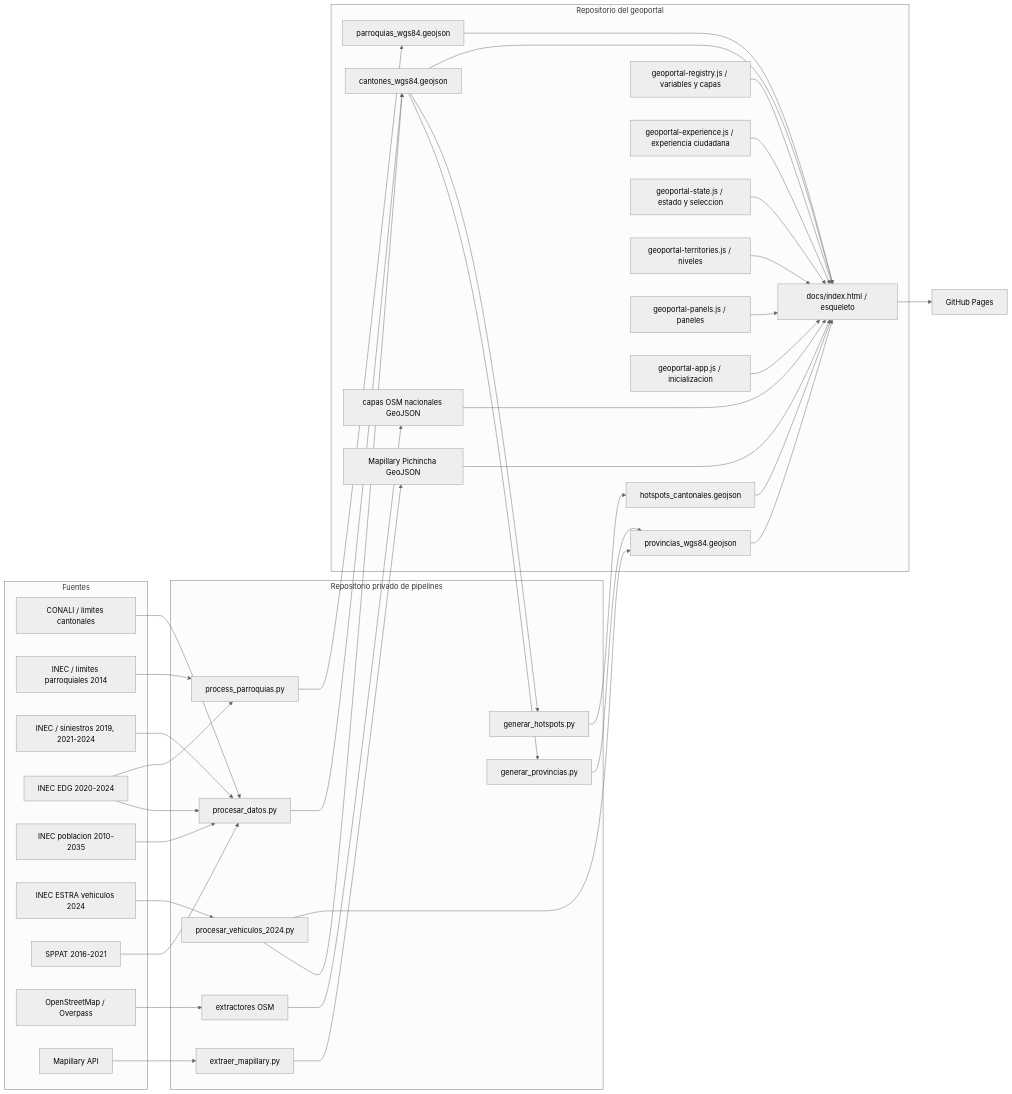
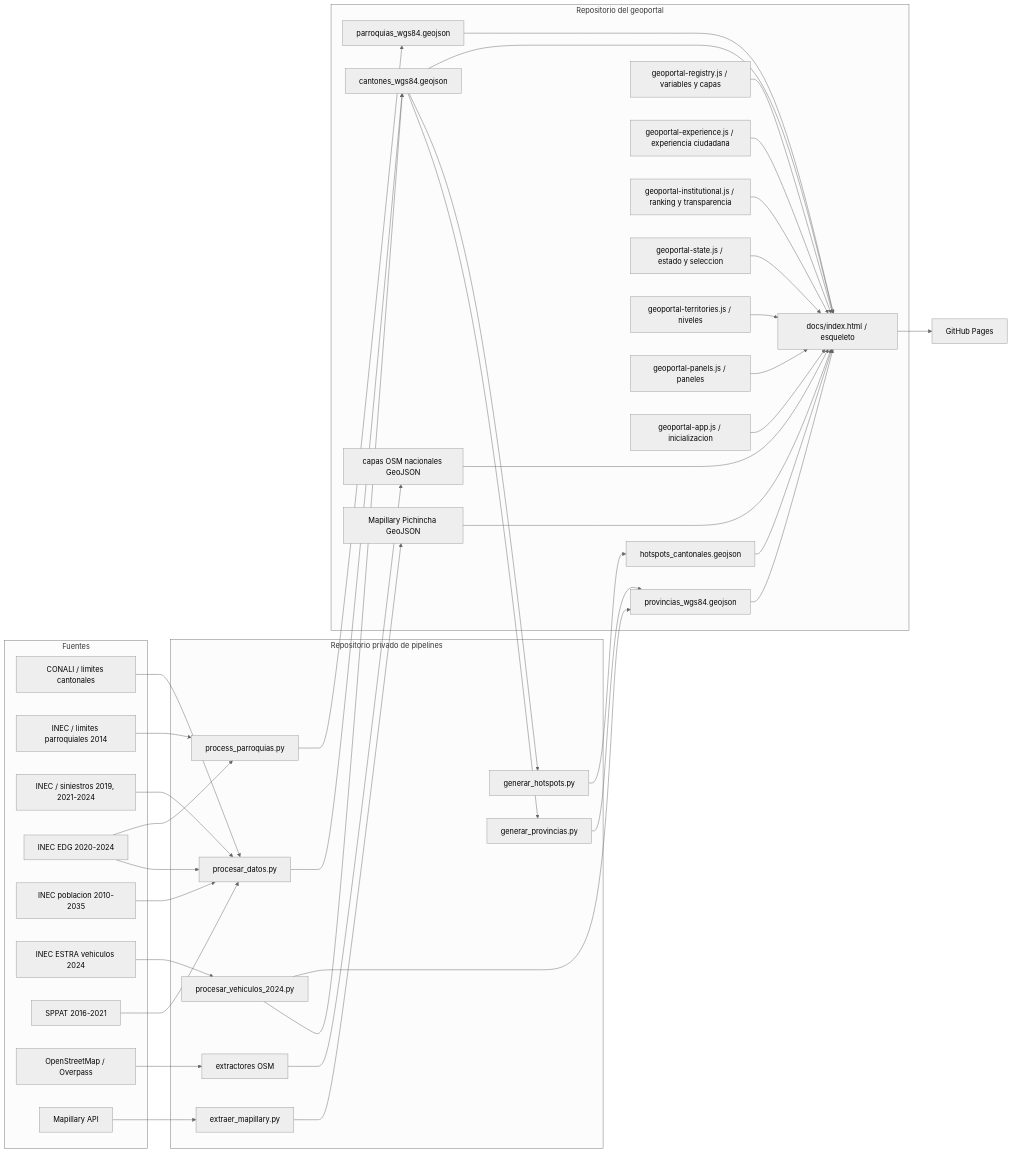
Before and after one commit to fundacionredsa/redsa-observatorio-seguridad-vial: the diagram in documentacion/ARQUITECTURA.md, drawn with Mermaid (neutral theme). The commit also changed other lines of this file and 20 other files, not shown here.

Commit message:
Geoportal: agregar ranking nacional y transparencia

````diff
--- a/documentacion/ARQUITECTURA.md
+++ b/documentacion/ARQUITECTURA.md
@@ -5,64 +5,66 @@
 ```mermaid
 flowchart LR
   subgraph F[Fuentes]
     CONALI[CONALI / limites cantonales]
     INECP[INEC / limites parroquiales 2014]
     SIN[INEC / siniestros 2019, 2021-2024]
     EDG[INEC EDG 2020-2024]
     POP[INEC poblacion 2010-2035]
     VEH[INEC ESTRA vehiculos 2024]
     SPPAT[SPPAT 2016-2021]
     OSM[OpenStreetMap / Overpass]
     MAP[Mapillary API]
   end
   subgraph P[Repositorio privado de pipelines]
     BASE[procesar_datos.py]
     PAR[process_parroquias.py]
     PROV[generar_provincias.py]
     HOT[generar_hotspots.py]
     V[procesar_vehiculos_2024.py]
     O[extractores OSM]
     M[extraer_mapillary.py]
   end
   subgraph D[Repositorio del geoportal]
     CANT[cantones_wgs84.geojson]
     PARR[parroquias_wgs84.geojson]
     PROVG[provincias_wgs84.geojson]
     HOTG[hotspots_cantonales.geojson]
     OSMG[capas OSM nacionales GeoJSON]
     MAPG[Mapillary Pichincha GeoJSON]
     WEB[docs/index.html / esqueleto]
     REG[geoportal-registry.js / variables y capas]
     UX[geoportal-experience.js / experiencia ciudadana]
+    INST[geoportal-institutional.js / ranking y transparencia]
     STATE[geoportal-state.js / estado y seleccion]
     TERR[geoportal-territories.js / niveles]
     PAN[geoportal-panels.js / paneles]
     APP[geoportal-app.js / inicializacion]
   end
   CONALI --> BASE --> CANT
   SIN --> BASE
   EDG --> BASE
   POP --> BASE
   SPPAT --> BASE
   INECP --> PAR --> PARR
   EDG --> PAR
   CANT --> PROV --> PROVG
   CANT --> HOT --> HOTG
   VEH --> V --> CANT
   V --> PROVG
   OSM --> O --> OSMG
   MAP --> M --> MAPG
   CANT --> WEB
   PARR --> WEB
   PROVG --> WEB
   HOTG --> WEB
   OSMG --> WEB
   MAPG --> WEB
   REG --> WEB
   UX --> WEB
+  INST --> WEB
   STATE --> WEB
   TERR --> WEB
   PAN --> WEB
   APP --> WEB
   WEB --> PAGES[GitHub Pages]
 ```
````
